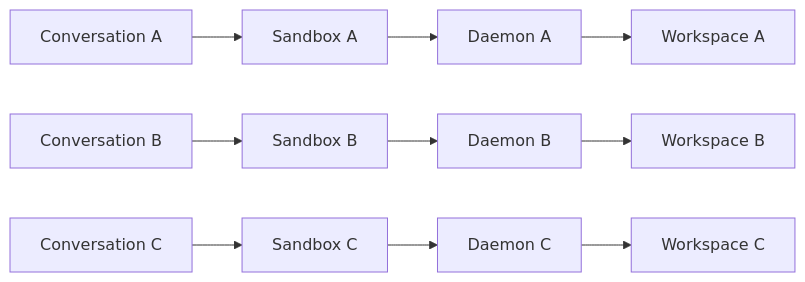
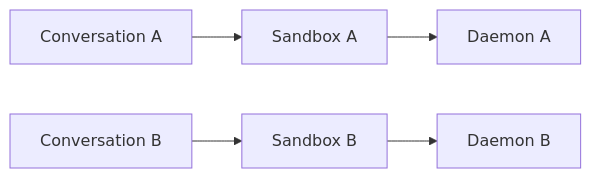
The second of 6 diagrams in README.md (AN-SWAPNIL/AgenticAI-Assignment), drawn with Mermaid before and after one commit. The commit also changed other lines of this file and 1 other file, not shown here.

````diff
--- a/README.md
+++ b/README.md
@@ -101,14 +89,7 @@
 ```mermaid
 flowchart LR
-  C1["Conversation A"] --> S1["Sandbox A"]
-  S1 --> D1["Daemon A"]
-  D1 --> W1["Workspace A"]
-
-  C2["Conversation B"] --> S2["Sandbox B"]
-  S2 --> D2["Daemon B"]
-  D2 --> W2["Workspace B"]
-
-  C3["Conversation C"] --> S3["Sandbox C"]
-  S3 --> D3["Daemon C"]
-  D3 --> W3["Workspace C"]
+  C1[Conversation A] --> S1[Sandbox A]
+  S1 --> D1[Daemon A]
+  C2[Conversation B] --> S2[Sandbox B]
+  S2 --> D2[Daemon B]
 ```
````
